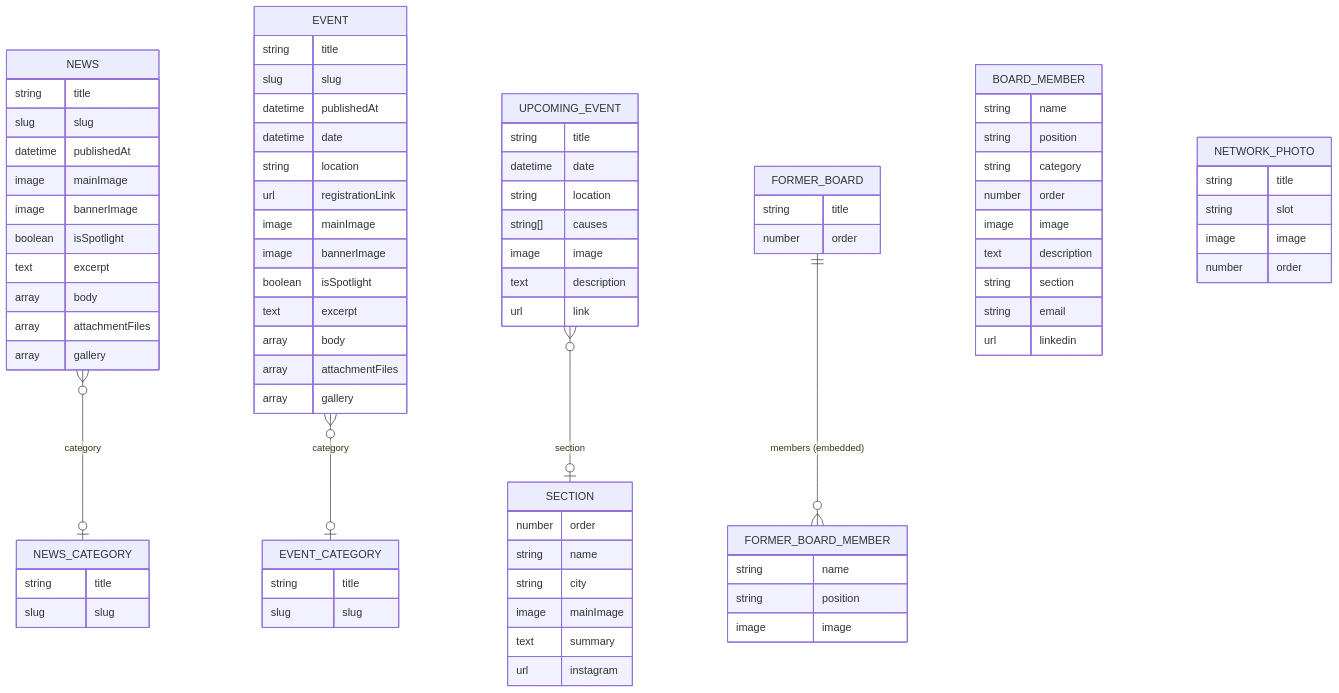
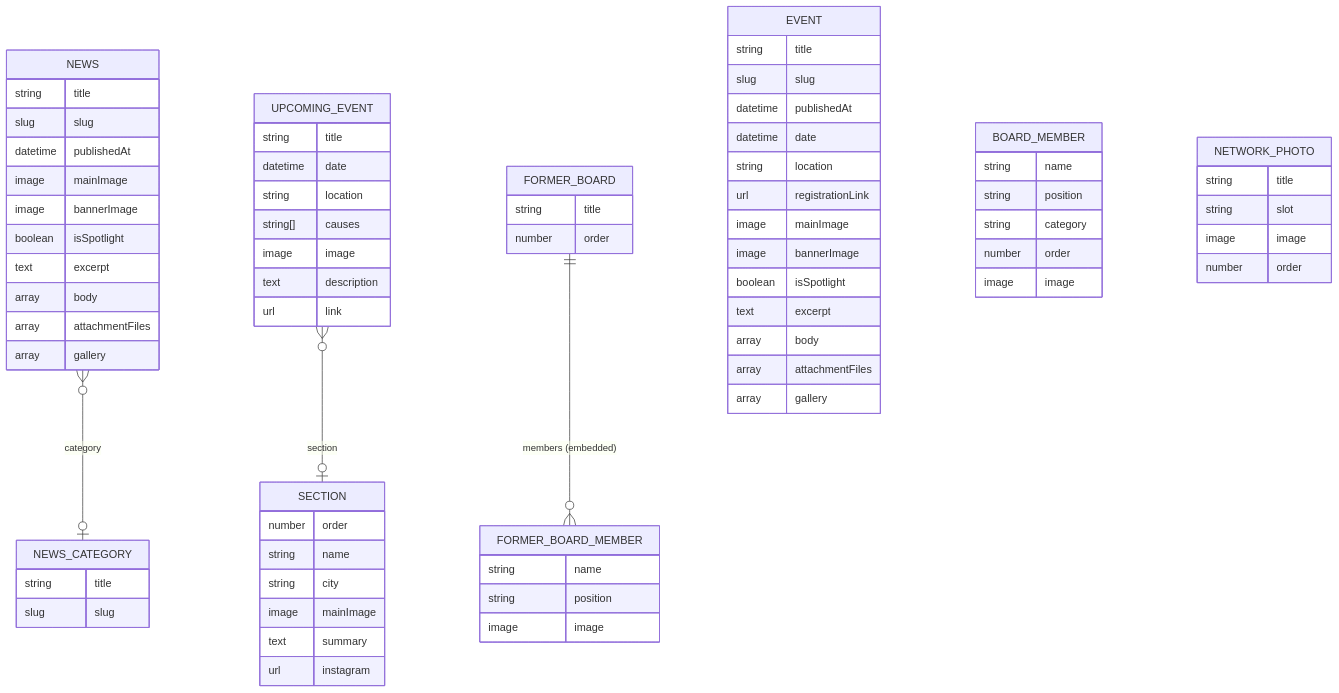
The diagram in docs/reference/content-model.md (MaksymKorchynskyi/new-website-esnukraine), drawn with Mermaid before and after one commit. The commit also changed other lines of this file and 56 other files, not shown here.

````diff
--- a/docs/reference/content-model.md
+++ b/docs/reference/content-model.md
@@ -23,10 +22,9 @@
 ```mermaid
 erDiagram
     accTitle: Sanity content model
-    accDescr: News and events optionally reference one category each. An upcoming event optionally references the organising section. A former board embeds a list of members. Board members and network photos are standalone document types.
+    accDescr: News optionally reference one category. An upcoming event optionally references the organising section. A former board embeds a list of members. Board members and network photos are standalone document types.
 
     NEWS }o--o| NEWS_CATEGORY : "category"
-    EVENT }o--o| EVENT_CATEGORY : "category"
     UPCOMING_EVENT }o--o| SECTION : "section"
     FORMER_BOARD ||--o{ FORMER_BOARD_MEMBER : "members (embedded)"
 
@@ -61,10 +59,6 @@
         string title
         slug slug
     }
-    EVENT_CATEGORY {
-        string title
-        slug slug
-    }
     SECTION {
         number order
         string name
@@ -79,10 +73,6 @@
         string category
         number order
         image image
-        text description
-        string section
-        string email
-        url linkedin
     }
     FORMER_BOARD {
         string title
````
